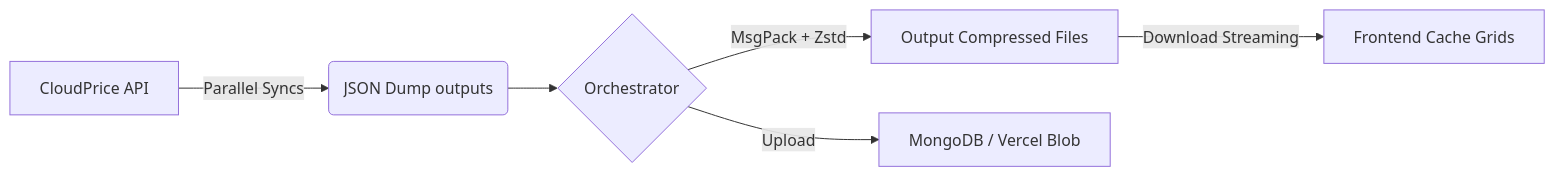
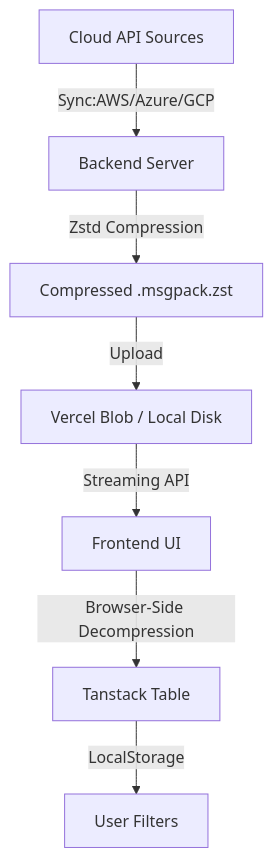
Before and after one commit to Jayanth1312/whichVM: the diagram in README.md, drawn with Mermaid. The commit also changed other lines of this file and 4 other files, not shown here.

````diff
--- a/README.md
+++ b/README.md
@@ -108,8 +36,9 @@
 ```mermaid
-graph LR
-    A[CloudPrice API] -->|Parallel Syncs| B(JSON Dump outputs)
-    B --> C{Orchestrator}
-    C -->|MsgPack + Zstd| D[Output Compressed Files]
-    C -->|Upload| E[MongoDB / Vercel Blob]
-    D -->|Download Streaming| F[Frontend Cache Grids]
+graph TD
+    A[Cloud API Sources] -->|Sync:AWS/Azure/GCP| B[Backend Server]
+    B -->|Zstd Compression| C[Compressed .msgpack.zst]
+    C -->|Upload| D[Vercel Blob / Local Disk]
+    D -->|Streaming API| E[Frontend UI]
+    E -->|Browser-Side Decompression| F[Tanstack Table]
+    F -->|LocalStorage| G[User Filters]
 ```
````
